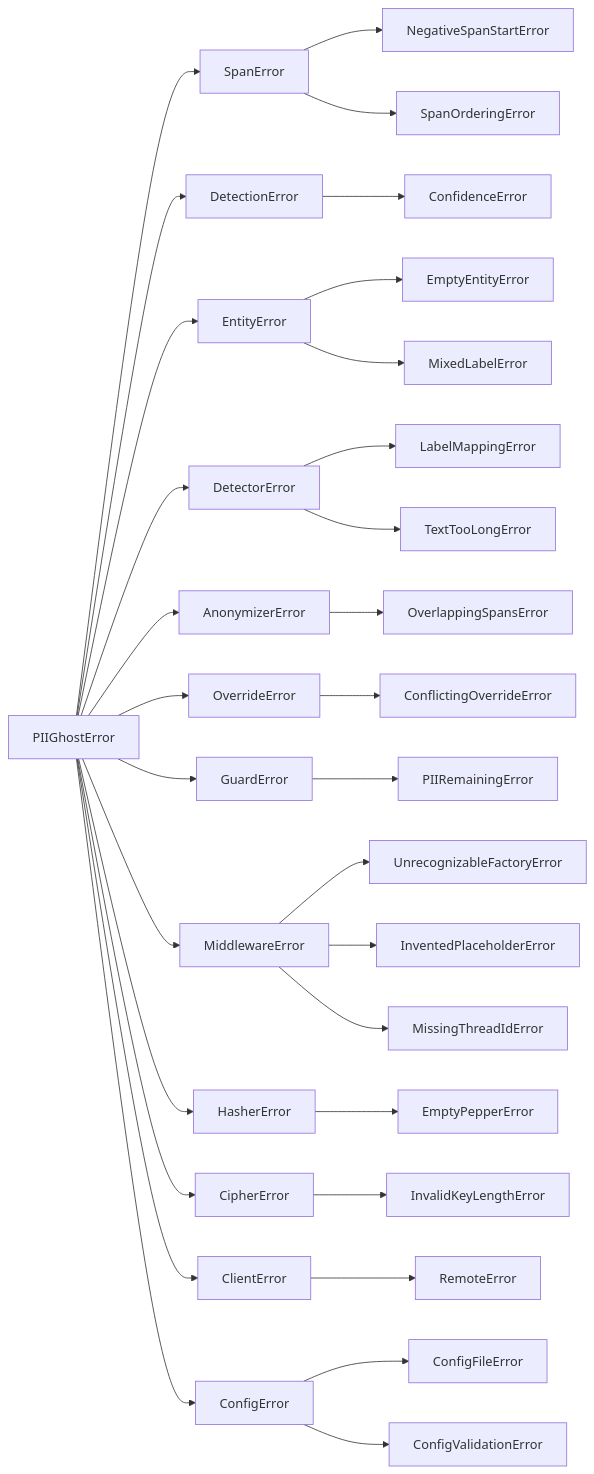
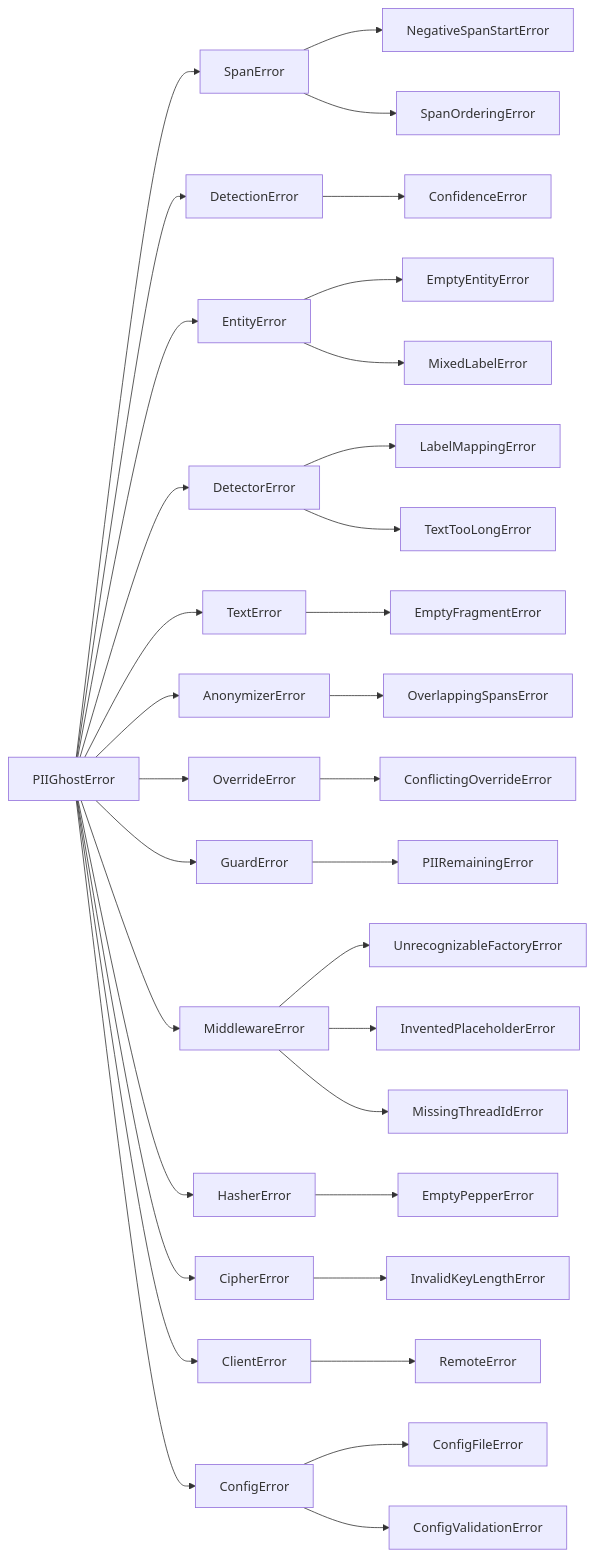
One commit to Athroniaeth/piighost changed the diagram in docs/en/reference/errors.md. Above: the diagram before and after it, drawn with Mermaid. The commit also changed other lines of this file and 17 other files, not shown here.

````diff
--- a/docs/en/reference/errors.md
+++ b/docs/en/reference/errors.md
@@ -19,33 +19,35 @@
 ```mermaid
 flowchart LR
     PIIGhostError --> SpanError
     SpanError --> NegativeSpanStartError
     SpanError --> SpanOrderingError
     PIIGhostError --> DetectionError
     DetectionError --> ConfidenceError
     PIIGhostError --> EntityError
     EntityError --> EmptyEntityError
     EntityError --> MixedLabelError
     PIIGhostError --> DetectorError
     DetectorError --> LabelMappingError
     DetectorError --> TextTooLongError
+    PIIGhostError --> TextError
+    TextError --> EmptyFragmentError
     PIIGhostError --> AnonymizerError
     AnonymizerError --> OverlappingSpansError
     PIIGhostError --> OverrideError
     OverrideError --> ConflictingOverrideError
     PIIGhostError --> GuardError
     GuardError --> PIIRemainingError
     PIIGhostError --> MiddlewareError
     MiddlewareError --> UnrecognizableFactoryError
     MiddlewareError --> InventedPlaceholderError
     MiddlewareError --> MissingThreadIdError
     PIIGhostError --> HasherError
     HasherError --> EmptyPepperError
     PIIGhostError --> CipherError
     CipherError --> InvalidKeyLengthError
     PIIGhostError --> ClientError
     ClientError --> RemoteError
     PIIGhostError --> ConfigError
     ConfigError --> ConfigFileError
     ConfigError --> ConfigValidationError
 ```
````
